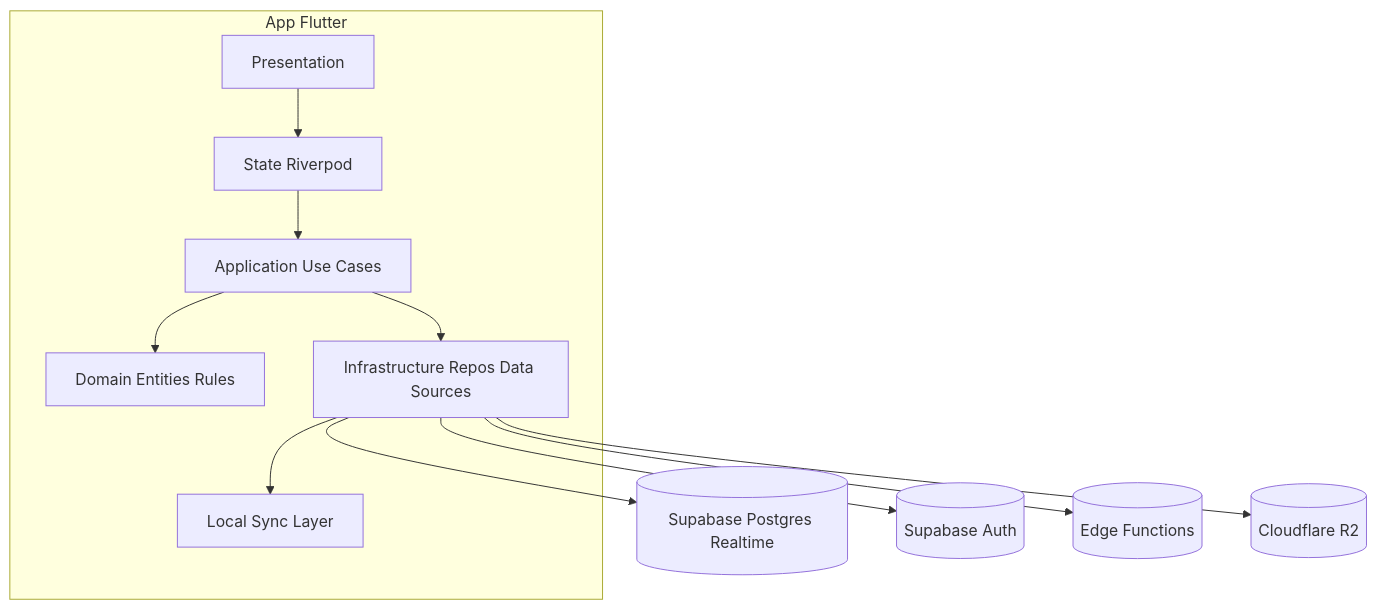
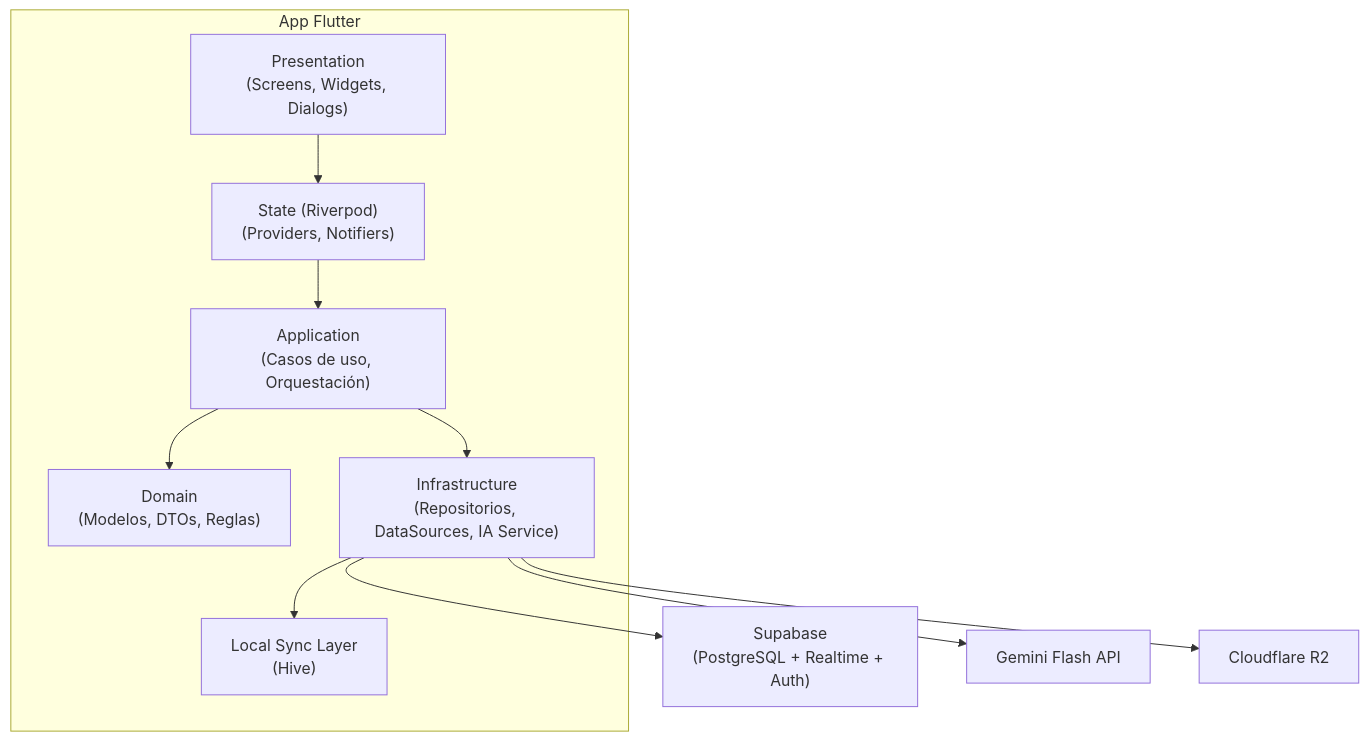
The second of 6 diagrams in docs/03-architecture.md (Jloen1999/synaptixfit), drawn with Mermaid before and after one commit. The commit also changed other lines of this file and 35 other files, not shown here.

````diff
--- a/docs/03-architecture.md
+++ b/docs/03-architecture.md
@@ -94,21 +95,20 @@
 ```mermaid
 flowchart TB
-    subgraph App Flutter
-      UI[Presentation]
-      ST[State Riverpod]
-      APP[Application Use Cases]
-      DOM[Domain Entities Rules]
-      INF[Infrastructure Repos Data Sources]
-      LOC[Local Sync Layer]
+    subgraph App["App Flutter"]
+        UI["Presentation\n(Screens, Widgets, Dialogs)"]
+        ST["State (Riverpod)\n(Providers, Notifiers)"]
+        APP["Application\n(Casos de uso, Orquestación)"]
+        DOM["Domain\n(Modelos, DTOs, Reglas)"]
+        INF["Infrastructure\n(Repositorios, DataSources, IA Service)"]
+        LOC["Local Sync Layer\n(Hive)"]
     end
 
     UI --> ST
     ST --> APP
     APP --> DOM
     APP --> INF
     INF --> LOC
-    INF --> SP[(Supabase Postgres Realtime)]
-    INF --> AU[(Supabase Auth)]
-    INF --> ED[(Edge Functions)]
-    INF --> CF[(Cloudflare R2)]
+    INF --> SP["Supabase\n(PostgreSQL + Realtime + Auth)"]
+    INF --> GM["Gemini Flash API"]
+    INF --> CF["Cloudflare R2"]
 ```
````
